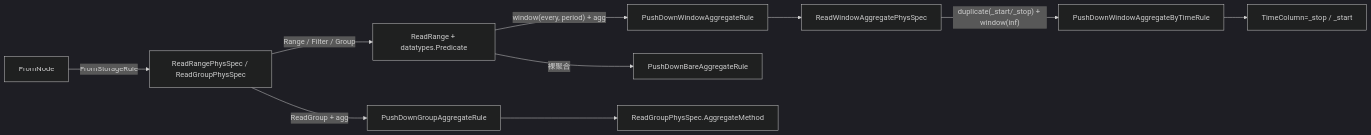
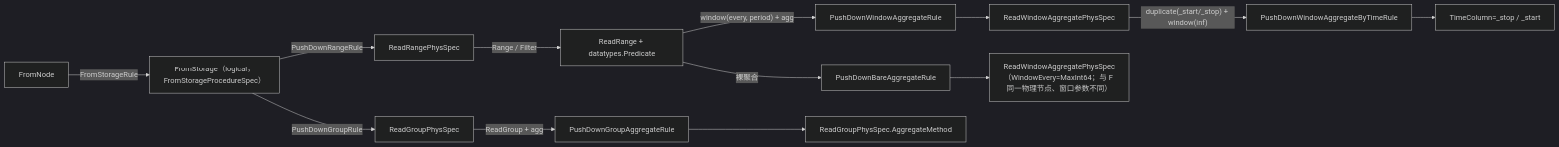
One commit to stefanv5/influxdb changed the fourth of 9 diagrams in docs/specs/v1.8.10-vs-v1.12.3/03_query_engine_diff.md. Above: the diagram before and after it, drawn with Mermaid (dark theme). The commit also changed other lines of this file and 16 other files, not shown here.

````diff
--- a/docs/specs/v1.8.10-vs-v1.12.3/03_query_engine_diff.md
+++ b/docs/specs/v1.8.10-vs-v1.12.3/03_query_engine_diff.md
@@ -981,12 +1005,15 @@
 ```mermaid
 flowchart LR
-    A["FromNode"] -->|"FromStorageRule"| B["ReadRangePhysSpec / ReadGroupPhysSpec"]
-    B -->|"Range / Filter / Group"| C["ReadRange + datatypes.Predicate"]
+    A["FromNode"] -->|"FromStorageRule"| B["FromStorage（logical，FromStorageProcedureSpec）"]
+    B -->|"PushDownRangeRule"| B1["ReadRangePhysSpec"]
+    B -->|"PushDownGroupRule"| B2["ReadGroupPhysSpec"]
+    B1 -->|"Range / Filter"| C["ReadRange + datatypes.Predicate"]
     C -->|"window(every, period) + agg"| D["PushDownWindowAggregateRule"]
     C -->|"裸聚合"| E["PushDownBareAggregateRule"]
     D --> F["ReadWindowAggregatePhysSpec"]
+    E --> EB["ReadWindowAggregatePhysSpec（WindowEvery=MaxInt64；与 F 同一物理节点、窗口参数不同）"]
     F -->|"duplicate(_start/_stop) + window(inf)"| G["PushDownWindowAggregateByTimeRule"]
     G --> H["TimeColumn=_stop / _start"]
-    B -->|"ReadGroup + agg"| I["PushDownGroupAggregateRule"]
+    B2 -->|"ReadGroup + agg"| I["PushDownGroupAggregateRule"]
     I --> J["ReadGroupPhysSpec.AggregateMethod"]
 ```
````
